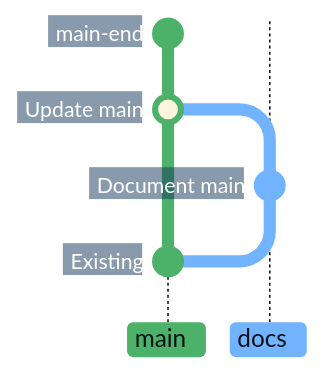
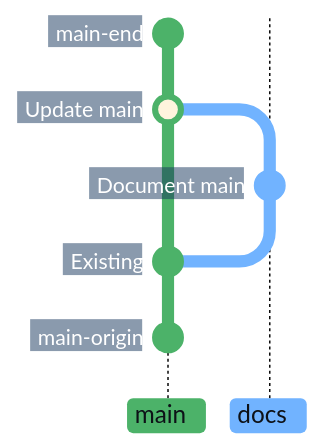
The seventh of 7 diagrams in docs/adr/cicd.md (superhero/operations.superduper.solutions), drawn with Mermaid before and after one commit. The commit also changed other lines of this file, not shown here.

Commit message:
docs(cicd): continue hotfix and main docs lanes below their forks

````diff
--- a/docs/adr/cicd.md
+++ b/docs/adr/cicd.md
@@ -279,16 +283,18 @@
 ```mermaid
-%%{init: {"theme": "base", "themeCSS": "line.branch { stroke: #8B949E; stroke-width: 1px; stroke-dasharray: 1 4; stroke-linecap: round; } .branchLabel, .tag-label { font-weight: 700; } .tag-label-bkg, .commit-label-bkg { opacity: 0.9; } .tag-label-bkg { fill: #B8E6C4; stroke: #8ED3A2; } .branchLabelBkg { opacity: 1; clip-path: inset(0 8px 0 0 round 4px) fill-box; } .commit-labels g:last-of-type { visibility: hidden; } .commit-labels g:first-of-type, .commit.main-end { visibility: hidden; } .commit-labels g { transform-box: fill-box; transform-origin: calc(100% + 17px) calc(50% + 2px); transform: rotate(-10deg); } .commit-label { font-weight: 700; transform: translateX(-8px); } .commit-label-bkg { stroke: #17365D; stroke-width: 20px; transform: translateX(-5px); clip-path: polygon(-4px -4px, calc(100% + 4px) -4px, calc(100% + 10px) 50%, calc(100% + 4px) calc(100% + 4px), -4px calc(100% + 4px)) fill-box; }", "gitGraph": {"mainBranchName": "main", "showCommitLabel": true, "rotateCommitLabel": false}, "themeVariables": {
+%%{init: {"theme": "base", "themeCSS": "line.branch { stroke: #8B949E; stroke-width: 1px; stroke-dasharray: 1 4; stroke-linecap: round; } .branchLabel, .tag-label { font-weight: 700; } .tag-label-bkg, .commit-label-bkg { opacity: 0.9; } .tag-label-bkg { fill: #B8E6C4; stroke: #8ED3A2; } .branchLabelBkg { opacity: 1; clip-path: inset(0 8px 0 0 round 4px) fill-box; } .commit-labels g:nth-last-of-type(-n+2), .commit.main-origin { visibility: hidden; } .commit-labels g:first-of-type, .commit.main-end { visibility: hidden; } .commit-labels g { transform-box: fill-box; transform-origin: calc(100% + 17px) calc(50% + 2px); transform: rotate(-10deg); } .commit-label { font-weight: 700; transform: translateX(-8px); } .commit-label-bkg { stroke: #17365D; stroke-width: 20px; transform: translateX(-5px); clip-path: polygon(-4px -4px, calc(100% + 4px) -4px, calc(100% + 10px) 50%, calc(100% + 4px) calc(100% + 4px), -4px calc(100% + 4px)) fill-box; }", "gitGraph": {"mainBranchName": "main", "showCommitLabel": true, "rotateCommitLabel": false}, "themeVariables": {
     "commitLabelFontSize": "14px", "commitLabelColor": "#FFFFFF", "commitLabelBackground": "#17365D",
     "git0": "#4CB269", "gitBranchLabel0": "#0D1117",
     "git1": "#71B3FF", "gitBranchLabel1": "#0D1117"
 }}}%%
 gitGraph BT:
+    %% A hidden anchor continues main below the visible documentation fork.
+    commit id: "main-origin"
     %% Hide the existing target commit note while retaining its connection.
     commit id: "Existing"
     branch docs order: 1
     commit id: "Document main"
     checkout main
     merge docs id: "Update main"
     %% A hidden endpoint shows main continuing after the documentation merge.
     commit id: "main-end"
 ```
````
